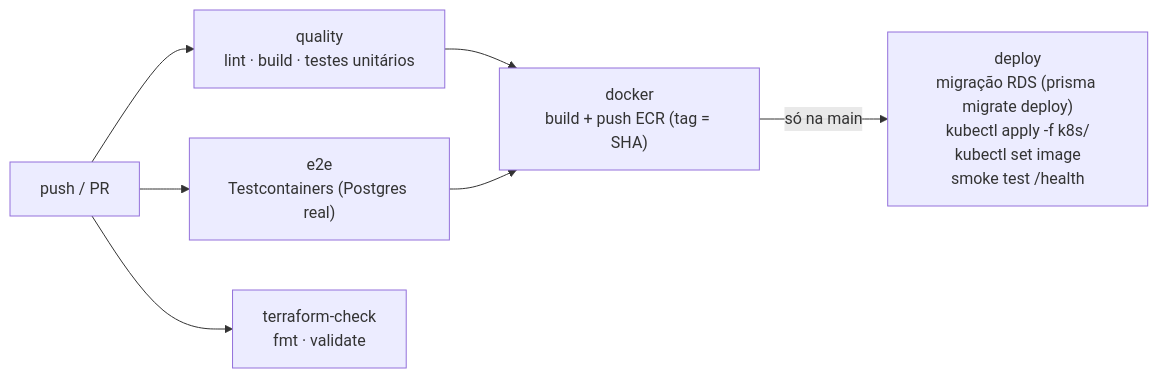
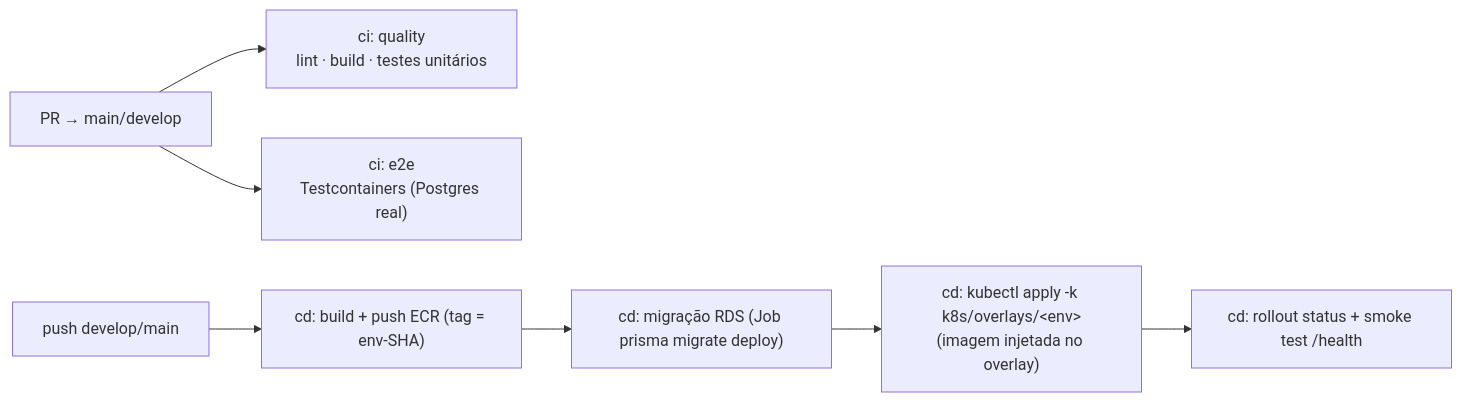
Before and after one commit to FIAP-POS-TECH-SOFTWARE-ARCHITECTURE/tc-oficina-app: the third of 3 diagrams in README.md, drawn with Mermaid. The commit also changed other lines of this file and 63 other files, not shown here.

````diff
--- a/README.md
+++ b/README.md
@@ -98,9 +98,9 @@
 ```mermaid
 flowchart LR
-    PUSH["push / PR"] --> Q["quality<br/>lint · build · testes unitários"]
-    PUSH --> E2E["e2e<br/>Testcontainers (Postgres real)"]
-    PUSH --> TF["terraform-check<br/>fmt · validate"]
-    Q --> DOCKER["docker<br/>build + push ECR (tag = SHA)"]
-    E2E --> DOCKER
-    DOCKER -->|"só na main"| DEPLOY["deploy<br/>migração RDS (prisma migrate deploy)<br/>kubectl apply -f k8s/<br/>kubectl set image<br/>smoke test /health"]
+    PR["PR → main/develop"] --> Q["ci: quality<br/>lint · build · testes unitários"]
+    PR --> E2E["ci: e2e<br/>Testcontainers (Postgres real)"]
+    MERGE["push develop/main"] --> DOCKER["cd: build + push ECR (tag = env-SHA)"]
+    DOCKER --> MIG["cd: migração RDS (Job prisma migrate deploy)"]
+    MIG --> APPLY["cd: kubectl apply -k k8s/overlays/&lt;env&gt;<br/>(imagem injetada no overlay)"]
+    APPLY --> SMOKE["cd: rollout status + smoke test /health"]
 ```
````
